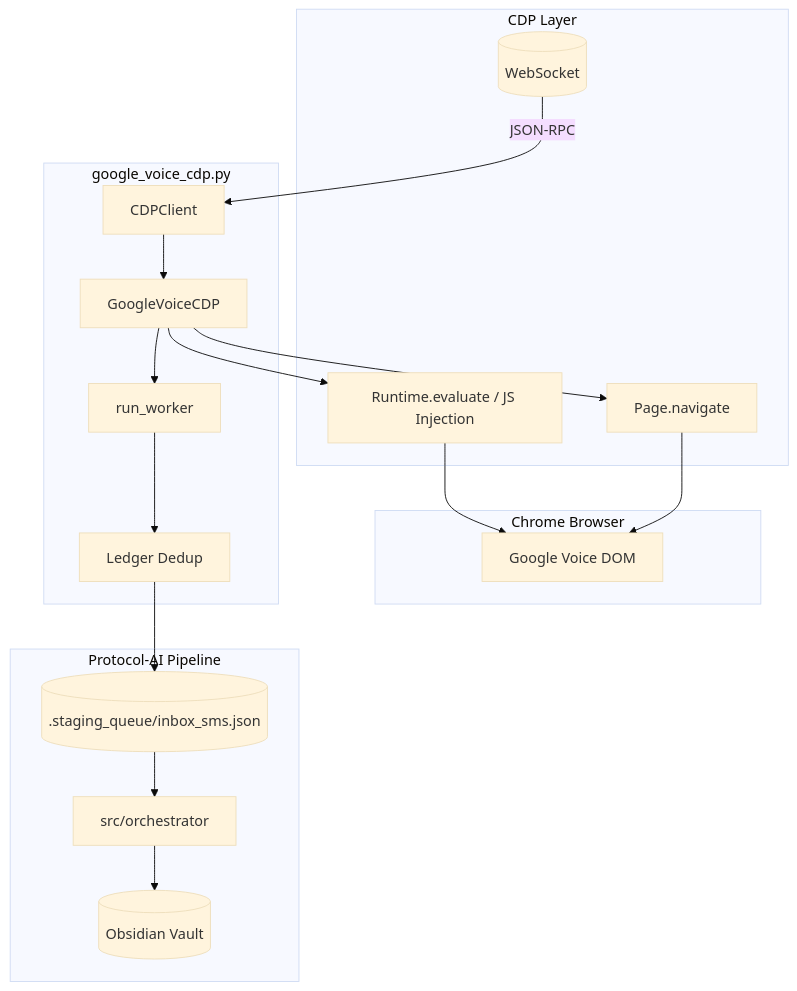
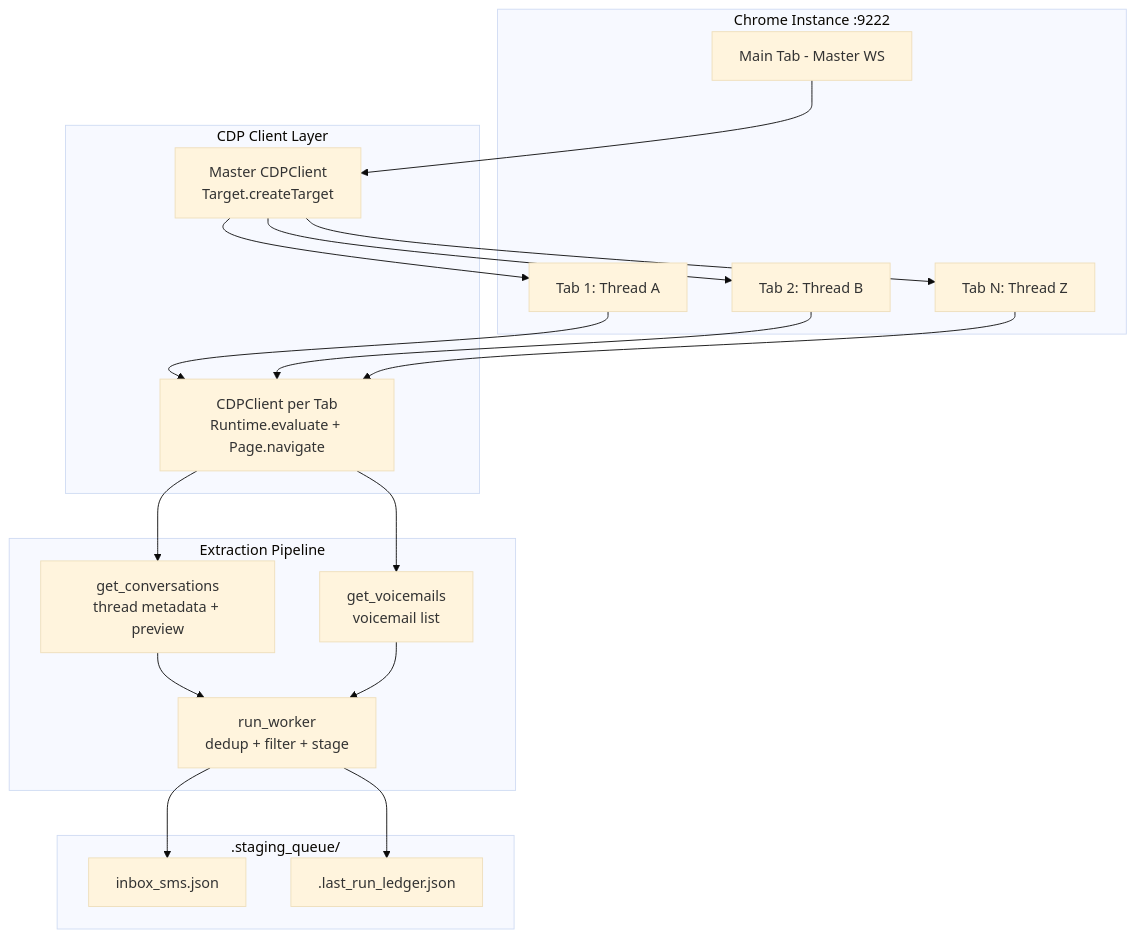
One commit to freeload101/protocol-ai changed the first of 3 diagrams in NotAPI/google_voice_cdp.md. Above: the diagram before and after it, drawn with Mermaid (base theme). The commit also changed other lines of this file and 1 other file, not shown here.

````diff
--- a/NotAPI/google_voice_cdp.md
+++ b/NotAPI/google_voice_cdp.md
@@ -14,37 +7,32 @@
 ```mermaid
 graph TB
-    subgraph Chrome["Chrome Browser"]
-        GV[Google Voice DOM]
+    subgraph Browser["Chrome Instance :9222"]
+        Main[Main Tab - Master WS]
+        T1[Tab 1: Thread A]
+        T2[Tab 2: Thread B]
+        T3[Tab N: Thread Z]
     end
 
-    subgraph CDP_Layer["CDP Layer"]
-        WS[(WebSocket)]
-        JS[Runtime.evaluate / JS Injection]
-        NAV[Page.navigate]
+    subgraph CDP_Layer["CDP Client Layer"]
+        MC[Master CDPClient<br/>Target.createTarget]
+        TC1[CDPClient per Tab<br/>Runtime.evaluate + Page.navigate]
     end
 
-    subgraph Scraper["google_voice_cdp.py"]
-        CLIENT[CDPClient]
-        GV_API[GoogleVoiceCDP]
-        WORKER[run_worker]
-        LEDGER[Ledger Dedup]
+    subgraph Extraction["Extraction Pipeline"]
+        GM[get_conversations<br/>thread metadata + preview]
+        GV[get_voicemails<br/>voicemail list]
+        RW[run_worker<br/>dedup + filter + stage]
     end
 
-    subgraph Pipeline["Protocol-AI Pipeline"]
-        STAGING[(.staging_queue/inbox_sms.json)]
-        ORCH[src/orchestrator]
-        VAULT[(Obsidian Vault)]
+    subgraph Staging[".staging_queue/"]
+        SMS[inbox_sms.json]
+        LEDGER[.last_run_ledger.json]
     end
 
-    WS -->|JSON-RPC| CLIENT
-    CLIENT --> GV_API
-    GV_API --> JS
-    GV_API --> NAV
-    JS --> GV
-    NAV --> GV
-    GV_API --> WORKER
-    WORKER --> LEDGER
-    LEDGER --> STAGING
-    STAGING --> ORCH
-    ORCH --> VAULT
+    Main --> MC
+    MC --> T1 & T2 & T3
+    T1 & T2 & T3 --> TC1
+    TC1 --> GM & GV
+    GM & GV --> RW
+    RW --> SMS & LEDGER
 ```
````
